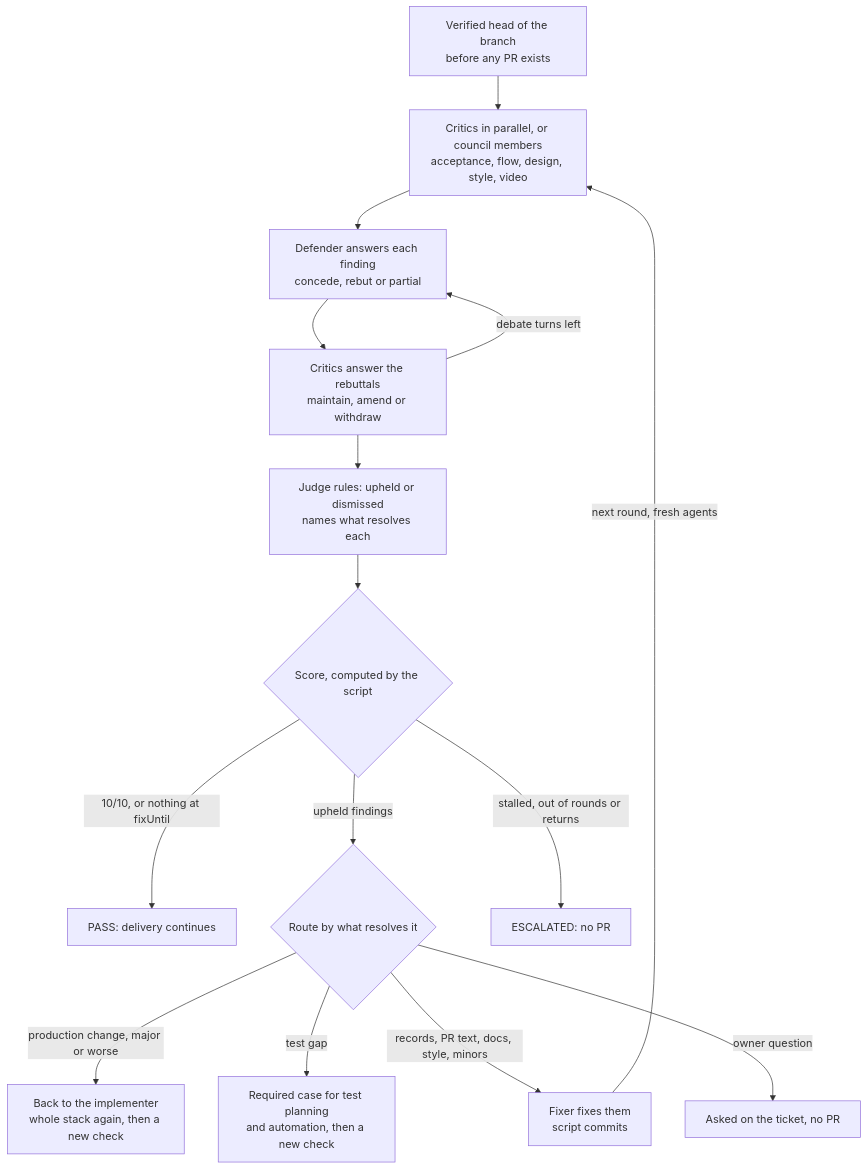
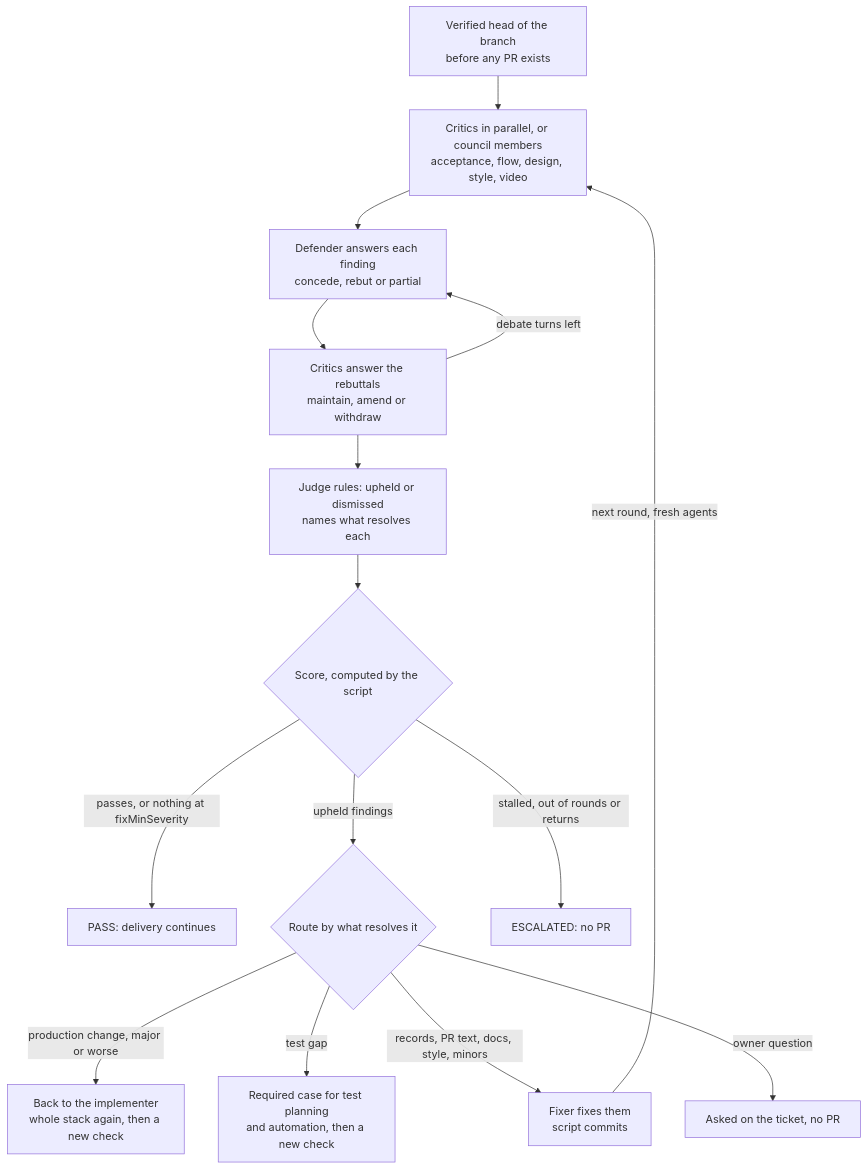
Before and after one commit to armandodollia-slalom/ai-app-factory-public: the diagram in docs/ai-pipeline/pr-check.md, drawn with Mermaid. The commit also changed other lines of this file and 286 other files, not shown here.

````diff
--- a/docs/ai-pipeline/pr-check.md
+++ b/docs/ai-pipeline/pr-check.md
@@ -117,17 +116,17 @@
 ```mermaid
 flowchart TD
   IN["Verified head of the branch<br/>before any PR exists"] --> C["Critics in parallel, or council members<br/>acceptance, flow, design, style, video"]
   C --> D["Defender answers each finding<br/>concede, rebut or partial"]
   D --> R["Critics answer the rebuttals<br/>maintain, amend or withdraw"]
   R -->|"debate turns left"| D
   R --> J["Judge rules: upheld or dismissed<br/>names what resolves each"]
   J --> S{"Score, computed by the script"}
-  S -->|"10/10, or nothing at fixUntil"| P["PASS: delivery continues"]
+  S -->|"passes, or nothing at fixMinSeverity"| P["PASS: delivery continues"]
   S -->|"upheld findings"| RT{"Route by what resolves it"}
   RT -->|"production change, major or worse"| IM["Back to the implementer<br/>whole stack again, then a new check"]
   RT -->|"test gap"| TP["Required case for test planning<br/>and automation, then a new check"]
   RT -->|"records, PR text, docs, style, minors"| F["Fixer fixes them<br/>script commits"]
   F -->|"next round, fresh agents"| C
   RT -->|"owner question"| QQ["Asked on the ticket, no PR"]
   S -->|"stalled, out of rounds or returns"| E["ESCALATED: no PR"]
 ```
````
